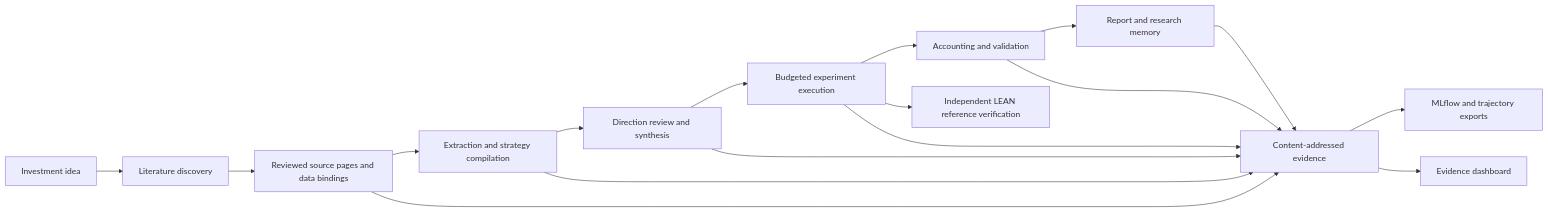
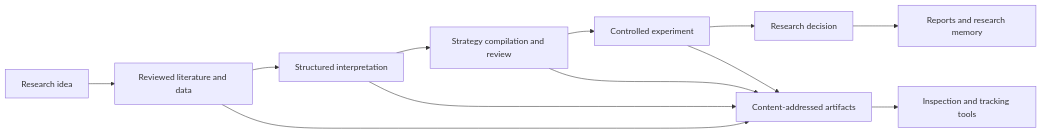
One commit to chinmayarvind23/factor-forge changed the diagram in README.md. Above: the diagram before and after it, drawn with Mermaid. The commit also changed other lines of this file and 147 other files, not shown here.

````diff
--- a/README.md
+++ b/README.md
@@ -98,14 +79,11 @@
 ```mermaid
 flowchart LR
-    A[Investment idea] --> B[Literature discovery]
-    B --> C[Reviewed source pages and data bindings]
-    C --> D[Extraction and strategy compilation]
-    D --> E[Direction review and synthesis]
-    E --> F[Budgeted experiment execution]
-    F --> G[Accounting and validation]
-    G --> H[Report and research memory]
-    F --> I[Independent LEAN reference verification]
-    C & D & E & F & G & H --> J[Content-addressed evidence]
-    J --> K[MLflow and trajectory exports]
-    J --> L[Evidence dashboard]
+    Idea[Research idea] --> Sources[Reviewed literature and data]
+    Sources --> Model[Structured interpretation]
+    Model --> Strategy[Strategy compilation and review]
+    Strategy --> Experiment[Controlled experiment]
+    Experiment --> Decision[Research decision]
+    Decision --> Memory[Reports and research memory]
+    Sources & Model & Strategy & Experiment --> Artifacts[Content-addressed artifacts]
+    Artifacts --> Tools[Inspection and tracking tools]
 ```
````
